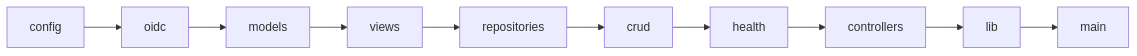
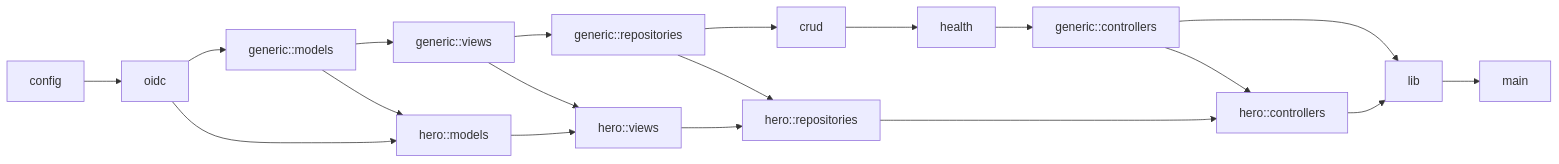
One commit to craftainer/template-axum changed the first of 2 diagrams in src/README.md. Above: the diagram before and after it, drawn with Mermaid. The commit also changed other lines of this file and 84 other files, not shown here.

````diff
--- a/src/README.md
+++ b/src/README.md
@@ -94,5 +135,12 @@
 ```mermaid
 graph LR
-    config --> oidc --> models --> views --> repositories --> crud
-    crud --> health --> controllers --> lib --> main
+    config --> oidc --> gm[generic::models] --> gv[generic::views]
+    gv --> gr[generic::repositories] --> crud --> health
+    health --> gc[generic::controllers] --> lib --> main
+    oidc --> hm[hero::models] --> hv[hero::views]
+    gm --> hm
+    hv --> hr[hero::repositories] --> hc[hero::controllers] --> lib
+    gv --> hv
+    gr --> hr
+    gc --> hc
 ```
````
